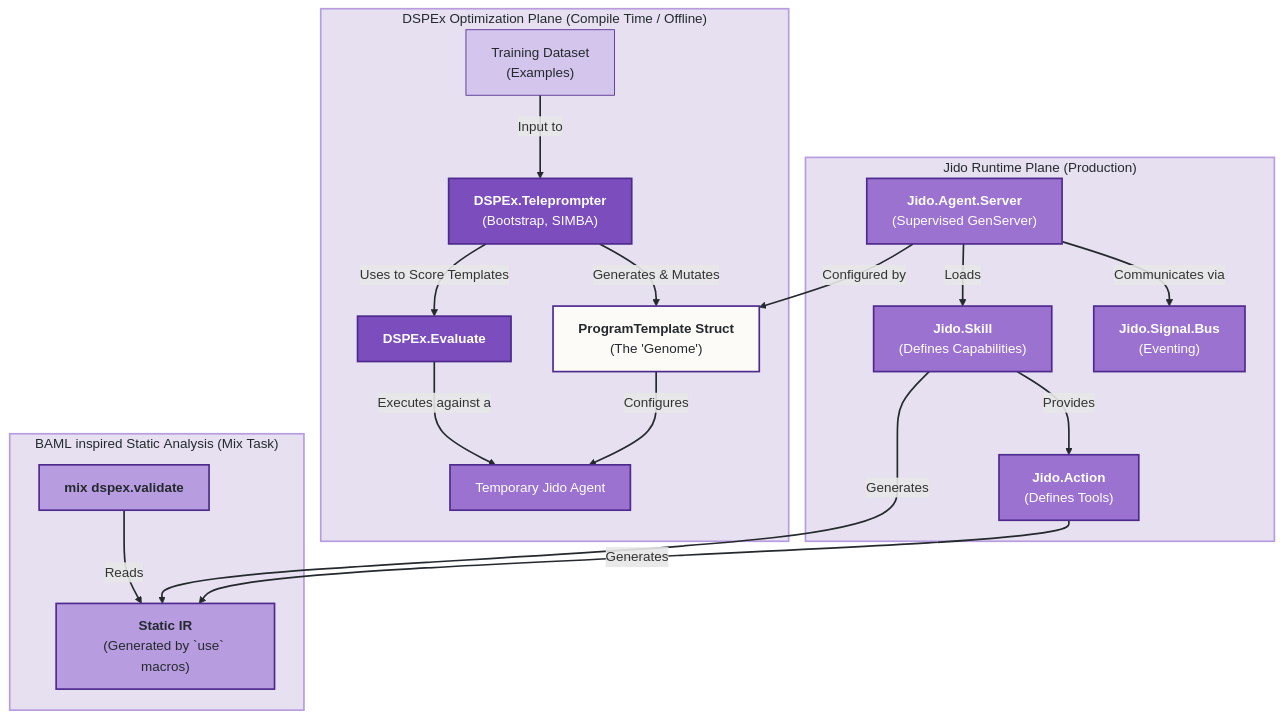
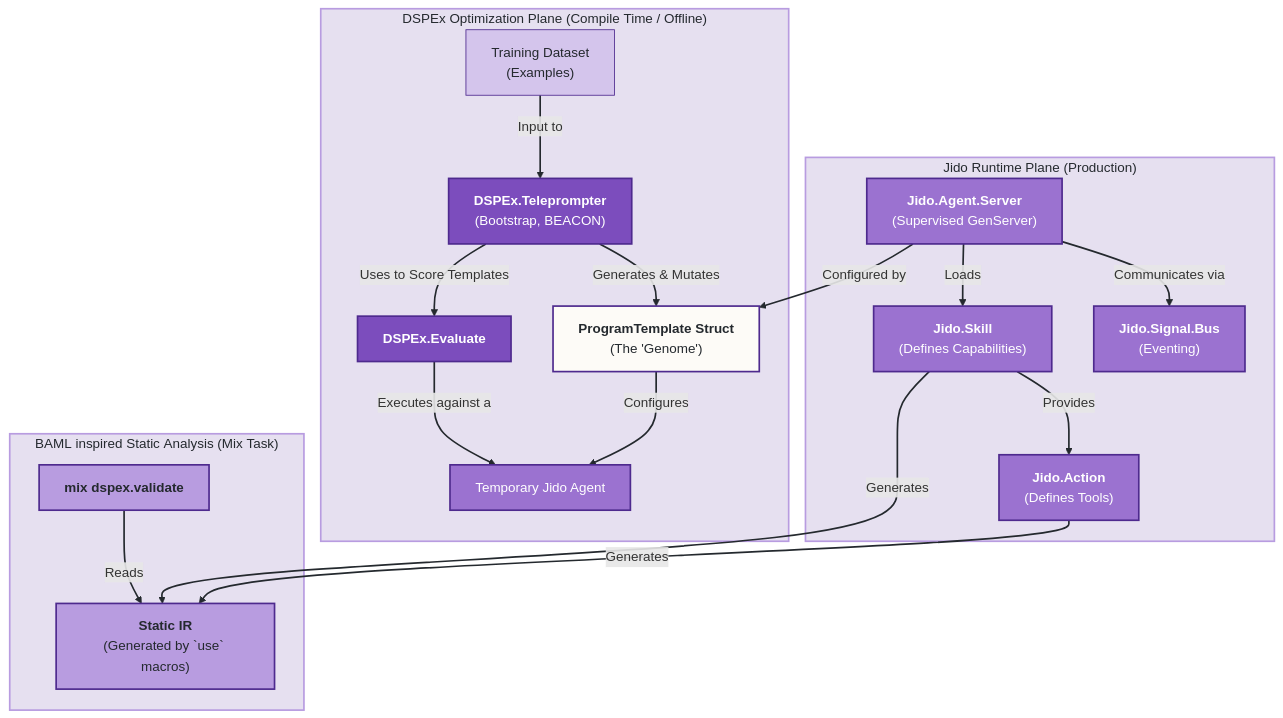
Before and after one commit to nshkrdotcom/ds_ex: the diagram in JIDO_BAML_REVAMP.md, drawn with Mermaid. The commit also changed 7 other files, not shown here.

````diff
--- a/JIDO_BAML_REVAMP.md
+++ b/JIDO_BAML_REVAMP.md
@@ -225,57 +225,57 @@
 ```mermaid
 graph TD
     subgraph Tooling["DSPEx&nbsp;Optimization&nbsp;Plane&nbsp;(Compile&nbsp;Time&nbsp;/&nbsp;Offline)"]
-        A["<b>DSPEx.Teleprompter</b><br>(Bootstrap, SIMBA)"]
+        A["<b>DSPEx.Teleprompter</b><br>(Bootstrap, BEACON)"]
         B["<b>DSPEx.Evaluate</b>"]
         C["<b>ProgramTemplate Struct</b><br>(The 'Genome')"]
         D["Training Dataset<br>(Examples)"]
 
         A -- "Generates & Mutates" --> C
         A -- "Uses to Score Templates" --> B
         D -- "Input to" --> A
         B -- "Executes against a" --> TempAgent["Temporary Jido Agent"]
         C -- "Configures" --> TempAgent
     end
 
     subgraph Runtime["Jido&nbsp;Runtime&nbsp;Plane&nbsp;(Production)"]
         E["<b>Jido.Agent.Server</b><br>(Supervised GenServer)"]
         F["<b>Jido.Skill</b><br>(Defines Capabilities)"]
         G["<b>Jido.Action</b><br>(Defines Tools)"]
         H["<b>Jido.Signal.Bus</b><br>(Eventing)"]
 
         E -- "Configured by" --> C
         E -- "Loads" --> F
         F -- "Provides" --> G
         E -- "Communicates via" --> H
     end
 
     subgraph StaticAnalysis["BAML&nbsp;inspired&nbsp;Static&nbsp;Analysis&nbsp;(Mix&nbsp;Task)"]
         I["<b>mix dspex.validate</b>"]
         J["<b>Static IR</b><br>(Generated by `use` macros)"]
 
         I -- "Reads" --> J
         F -- "Generates" --> J
         G -- "Generates" --> J
     end
 
     %% Elixir-inspired styling
     classDef userLayer fill:#4e2a8e,stroke:#24292e,stroke-width:2px,color:#fff
     classDef coreAbstraction fill:#7c4dbd,stroke:#4e2a8e,stroke-width:2px,color:#fff
     classDef keyModule fill:#9b72d0,stroke:#4e2a8e,stroke-width:2px,color:#fff
     classDef clientLayer fill:#b89ce0,stroke:#4e2a8e,stroke-width:2px,color:#24292e
     classDef serviceLayer fill:#d4c5ec,stroke:#4e2a8e,stroke-width:1px,color:#24292e
     classDef externalSystem fill:#f5f5f5,stroke:#666,stroke-width:1px,color:#24292e
     classDef adapter fill:#fdfbf7,stroke:#4e2a8e,stroke-width:2px,color:#24292e
     classDef subgraphTitleTop fill:#e6e0f0,stroke:#b89ce0,stroke-width:2px,color:#24292e
     classDef subgraphTitleNested fill:#f2f0f7,stroke:#d4c5ec,stroke-width:1px,color:#24292e
 
     class A,B coreAbstraction
     class E,F,G,H,TempAgent keyModule
     class C adapter
     class D serviceLayer
     class I,J clientLayer
     class Tooling,Runtime,StaticAnalysis subgraphTitleTop
 
     %% Darker arrow styling for better visibility
     linkStyle default stroke:#24292e,stroke-width:2px
 ```
````
